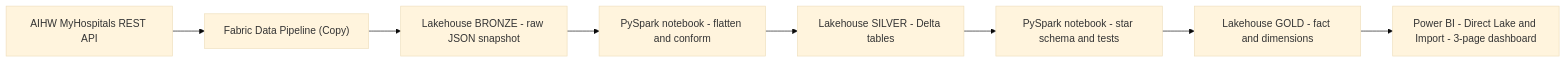
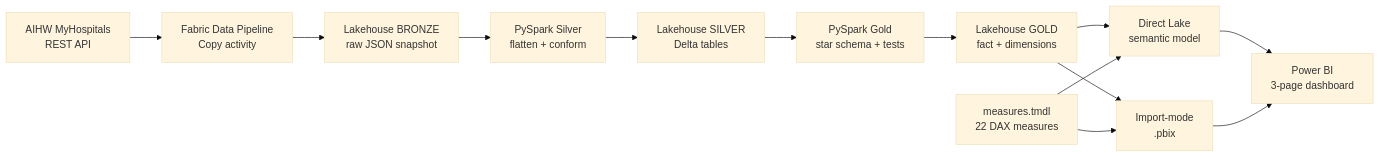
The diagram in README.md (Pheluciam/health-analytics-fabric-project), drawn with Mermaid (base theme) before and after one commit. The commit also changed other lines of this file, not shown here.

Commit message:
README: horizontal branched architecture diagram

````diff
--- a/README.md
+++ b/README.md
@@ -24,10 +24,15 @@
 ```mermaid
 flowchart LR
-    A["AIHW MyHospitals REST API"] --> B["Fabric Data Pipeline (Copy)"]
-    B --> C["Lakehouse BRONZE - raw JSON snapshot"]
-    C --> D["PySpark notebook - flatten and conform"]
-    D --> E["Lakehouse SILVER - Delta tables"]
-    E --> F["PySpark notebook - star schema and tests"]
-    F --> G["Lakehouse GOLD - fact and dimensions"]
-    G --> H["Power BI - Direct Lake and Import - 3-page dashboard"]
+    A["AIHW MyHospitals<br/>REST API"] --> B["Fabric Data Pipeline<br/>Copy activity"]
+    B --> C["Lakehouse BRONZE<br/>raw JSON snapshot"]
+    C --> D["PySpark Silver<br/>flatten + conform"]
+    D --> E["Lakehouse SILVER<br/>Delta tables"]
+    E --> F["PySpark Gold<br/>star schema + tests"]
+    F --> G["Lakehouse GOLD<br/>fact + dimensions"]
+    G --> H["Direct Lake<br/>semantic model"]
+    G --> I["Import-mode<br/>.pbix"]
+    M["measures.tmdl<br/>22 DAX measures"] --> H
+    M --> I
+    H --> J["Power BI<br/>3-page dashboard"]
+    I --> J
 ```
````
